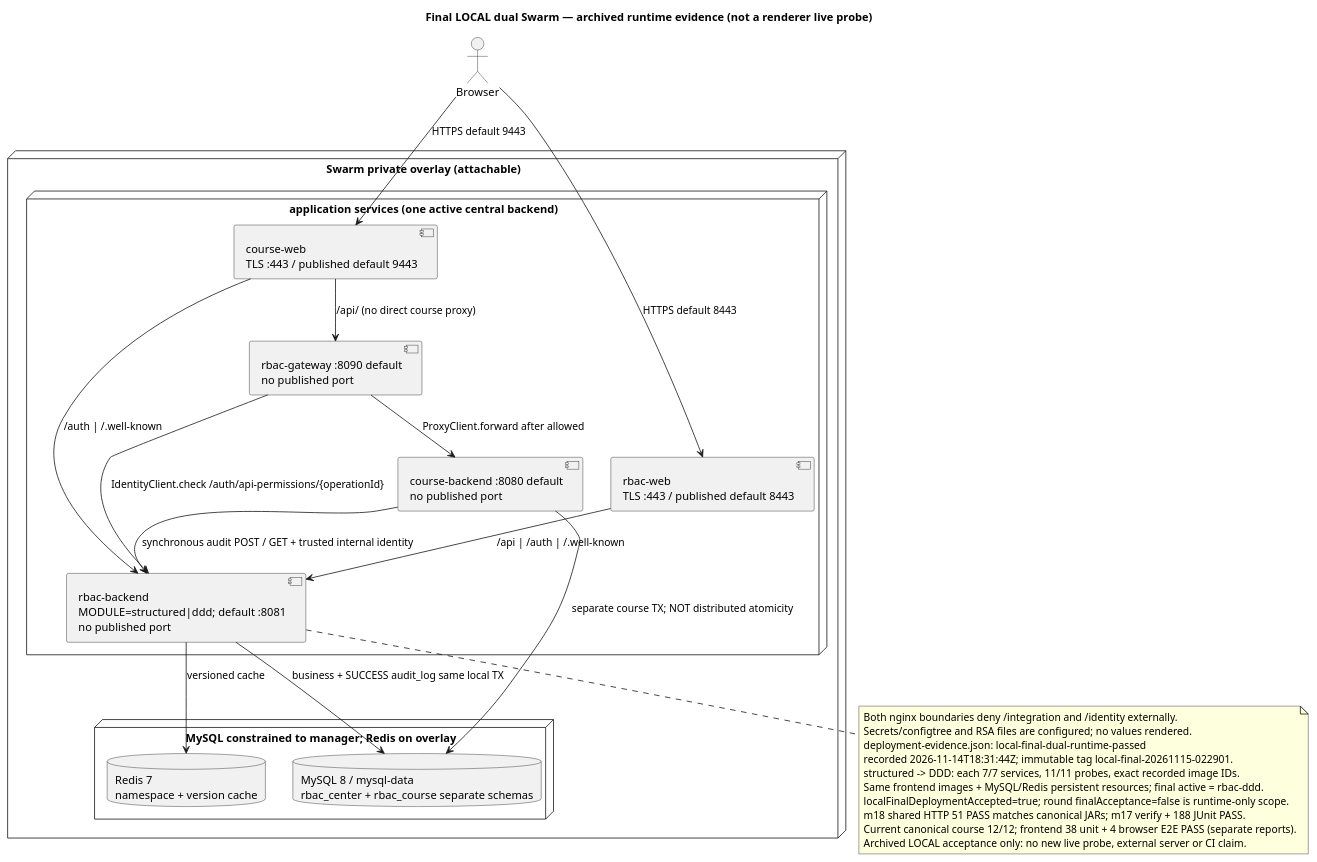
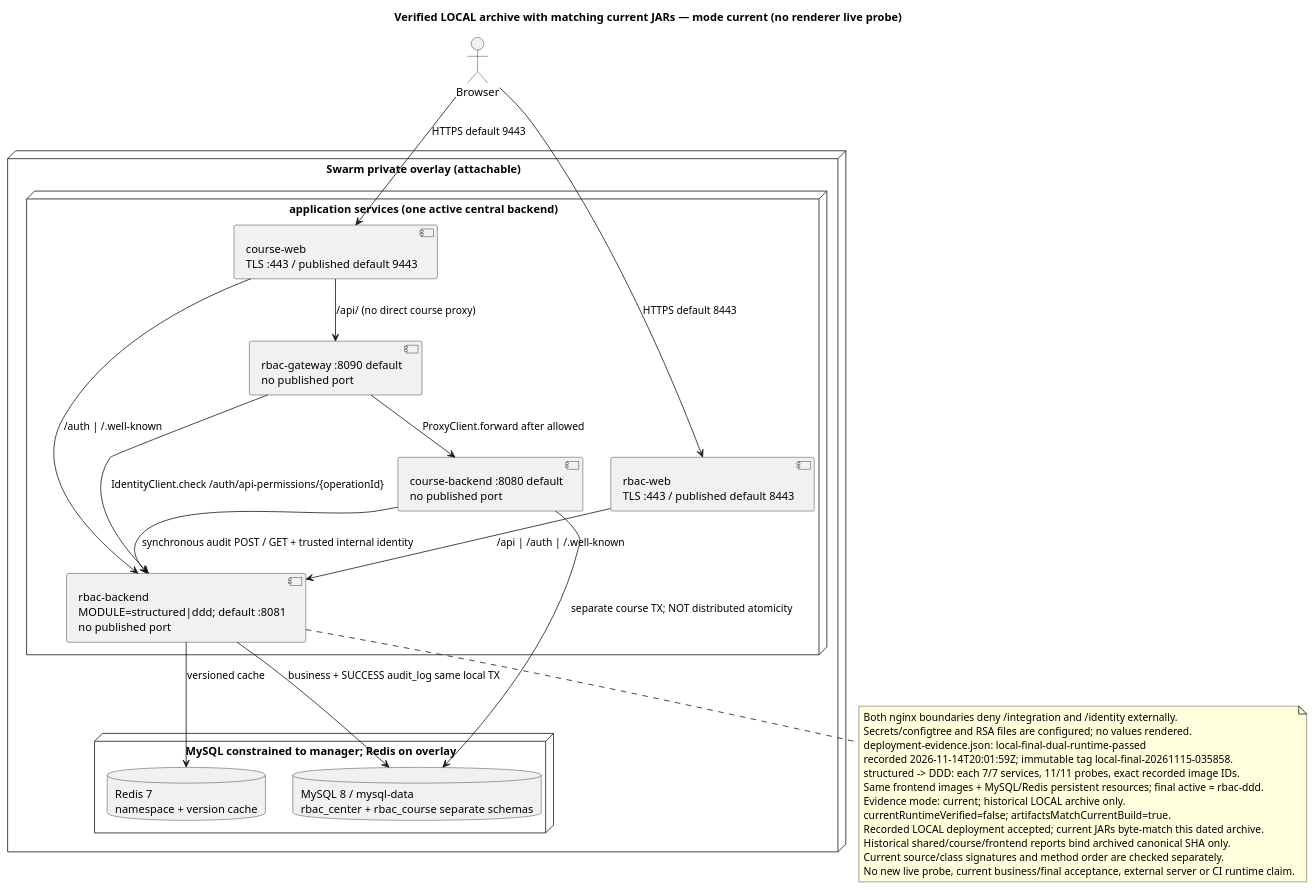
The diagram in docs/design/swarm-deployment.puml (tang-new/OOAD), drawn with PlantUML before and after one commit. The commit also changed 45 other files, not shown here.

Commit message:
docs: refresh post-security canonical evidence and verified dual-module runtime

```diff
--- a/docs/design/swarm-deployment.puml
+++ b/docs/design/swarm-deployment.puml
@@ -1,41 +1,43 @@
 @startuml
 skinparam defaultFontName Microsoft YaHei
-title Final LOCAL dual Swarm — archived runtime evidence (not a renderer live probe)
+title Verified LOCAL archive with matching current JARs — mode current (no renderer live probe)
 actor Browser
 node "Swarm private overlay (attachable)" {
  node "application services (one active central backend)" {
   component "rbac-web\nTLS :443 / published default 8443" as web
   component "course-web\nTLS :443 / published default 9443" as cw
   component "rbac-backend\nMODULE=structured|ddd; default :8081\nno published port" as center
   component "rbac-gateway :8090 default\nno published port" as gateway
   component "course-backend :8080 default\nno published port" as course
  }
  node "MySQL constrained to manager; Redis on overlay" {
   database "MySQL 8 / mysql-data\nrbac_center + rbac_course separate schemas" as mysql
   database "Redis 7\nnamespace + version cache" as redis
  }
 }
 Browser --> web : HTTPS default 8443
 Browser --> cw : HTTPS default 9443
 web --> center : /api | /auth | /.well-known
 cw --> center : /auth | /.well-known
 cw --> gateway : /api/ (no direct course proxy)
 gateway --> center : IdentityClient.check /auth/api-permissions/{operationId}
 gateway --> course : ProxyClient.forward after allowed
 course --> center : synchronous audit POST / GET + trusted internal identity
 center --> mysql : business + SUCCESS audit_log same local TX
 course --> mysql : separate course TX; NOT distributed atomicity
 center --> redis : versioned cache
 note bottom of center
 Both nginx boundaries deny /integration and /identity externally.
 Secrets/configtree and RSA files are configured; no values rendered.
 deployment-evidence.json: local-final-dual-runtime-passed
-recorded 2026-11-14T18:31:44Z; immutable tag local-final-20261115-022901.
+recorded 2026-11-14T20:01:59Z; immutable tag local-final-20261115-035858.
 structured -> DDD: each 7/7 services, 11/11 probes, exact recorded image IDs.
 Same frontend images + MySQL/Redis persistent resources; final active = rbac-ddd.
-localFinalDeploymentAccepted=true; round finalAcceptance=false is runtime-only scope.
-m18 shared HTTP 51 PASS matches canonical JARs; m17 verify + 188 JUnit PASS.
-Current canonical course 12/12; frontend 38 unit + 4 browser E2E PASS (separate reports).
-Archived LOCAL acceptance only: no new live probe, external server or CI claim.
+Evidence mode: current; historical LOCAL archive only.
+currentRuntimeVerified=false; artifactsMatchCurrentBuild=true.
+Recorded LOCAL deployment accepted; current JARs byte-match this dated archive.
+Historical shared/course/frontend reports bind archived canonical SHA only.
+Current source/class signatures and method order are checked separately.
+No new live probe, current business/final acceptance, external server or CI runtime claim.
 end note
 @enduml
```
